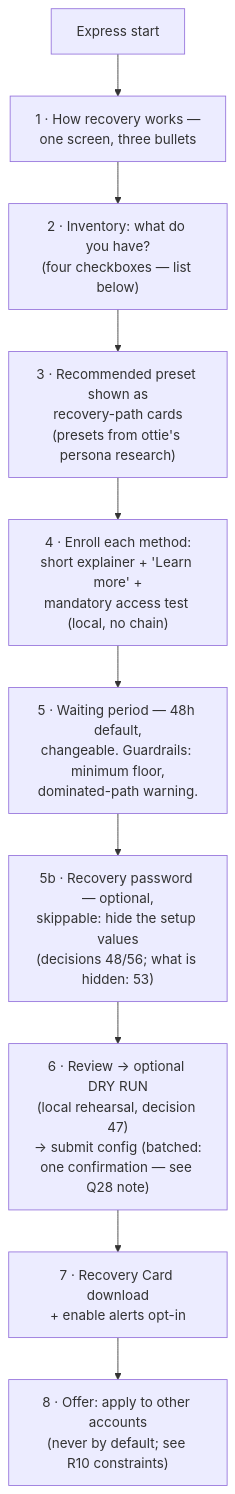
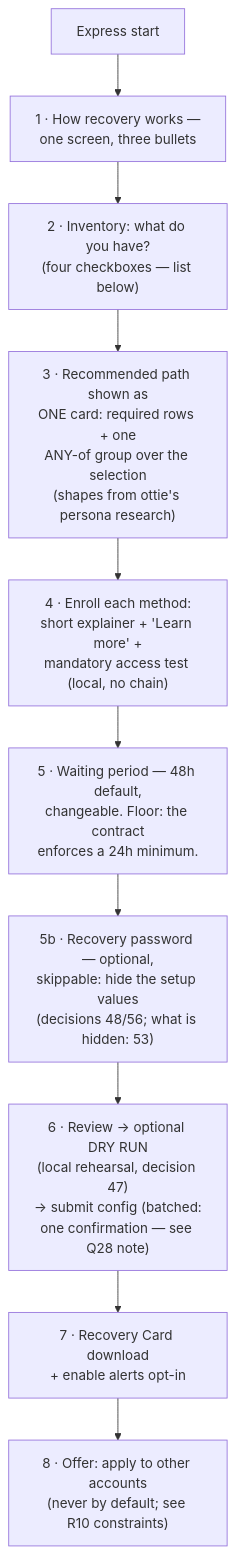
One commit to FiboAtWonder/kohaku-extension changed the fourth of 14 diagrams in social-recovery-ux-flows.md. Above: the diagram before and after it, drawn with Mermaid. The commit also changed other lines of this file and 1 other file, not shown here.

Commit message:
docs: single-path model — decisions 73-78 (one recovery path, 24h floor, zk-email receive+upload, 4337 focus)

````diff
--- a/social-recovery-ux-flows.md
+++ b/social-recovery-ux-flows.md
@@ -148,12 +159,12 @@
 ```mermaid
 flowchart TD
     A[Express start] --> B["1 · How recovery works —<br/>one screen, three bullets"]
     B --> C["2 · Inventory: what do you have?<br/>(four checkboxes — list below)"]
-    C --> D["3 · Recommended preset shown as<br/>recovery-path cards<br/>(presets from ottie's persona research)"]
+    C --> D["3 · Recommended path shown as<br/>ONE card: required rows + one<br/>ANY-of group over the selection<br/>(shapes from ottie's persona research)"]
     D --> E["4 · Enroll each method:<br/>short explainer + 'Learn more' +<br/>mandatory access test (local, no chain)"]
-    E --> F["5 · Waiting period — 48h default,<br/>changeable. Guardrails: minimum floor,<br/>dominated-path warning."]
+    E --> F["5 · Waiting period — 48h default,<br/>changeable. Floor: the contract<br/>enforces a 24h minimum."]
     F --> PW["5b · Recovery password — optional,<br/>skippable: hide the setup values<br/>(decisions 48/56; what is hidden: 53)"]
     PW --> G["6 · Review → optional DRY RUN<br/>(local rehearsal, decision 47)<br/>→ submit config (batched:<br/>one confirmation — see Q28 note)"]
     G --> H["7 · Recovery Card download<br/>+ enable alerts opt-in"]
     H --> I["8 · Offer: apply to other accounts<br/>(never by default; see R10 constraints)"]
 ```
````
